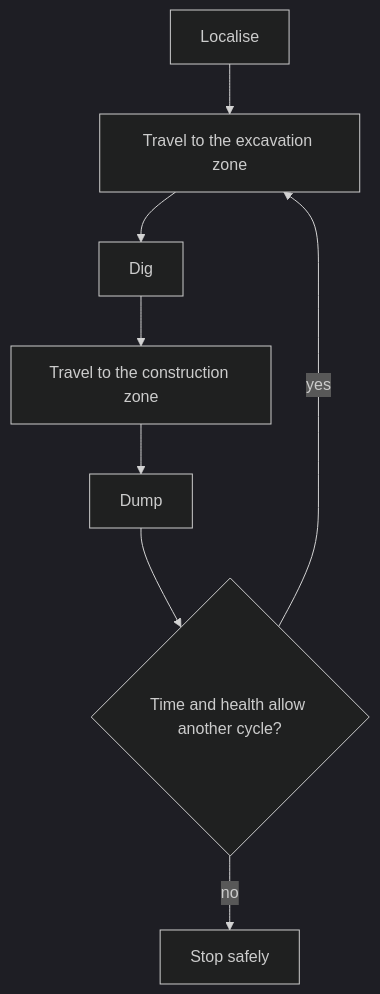
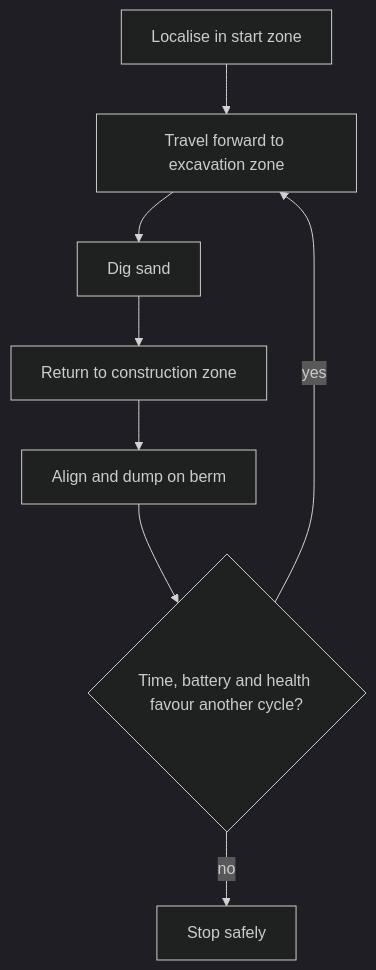
Before and after one commit to InnovaRobotics/innex-1: the diagram in docs/system/navigation-and-mission.md, drawn with Mermaid (dark theme). The commit also changed other lines of this file and 3 other files, not shown here.

````diff
--- a/docs/system/navigation-and-mission.md
+++ b/docs/system/navigation-and-mission.md
@@ -41,10 +34,10 @@
 ```mermaid
 flowchart TD
-    localise["Localise"] --> travel1["Travel to the excavation zone"]
-    travel1 --> dig["Dig"]
-    dig --> travel2["Travel to the construction zone"]
-    travel2 --> dump["Dump"]
-    dump --> decide{"Time and health allow another cycle?"}
+    localise["Localise in start zone"] --> travel1["Travel forward to excavation zone"]
+    travel1 --> dig["Dig sand"]
+    dig --> travel2["Return to construction zone"]
+    travel2 --> dump["Align and dump on berm"]
+    dump --> decide{"Time, battery and health favour another cycle?"}
     decide -->|yes| travel1
     decide -->|no| stop["Stop safely"]
 ```
````
